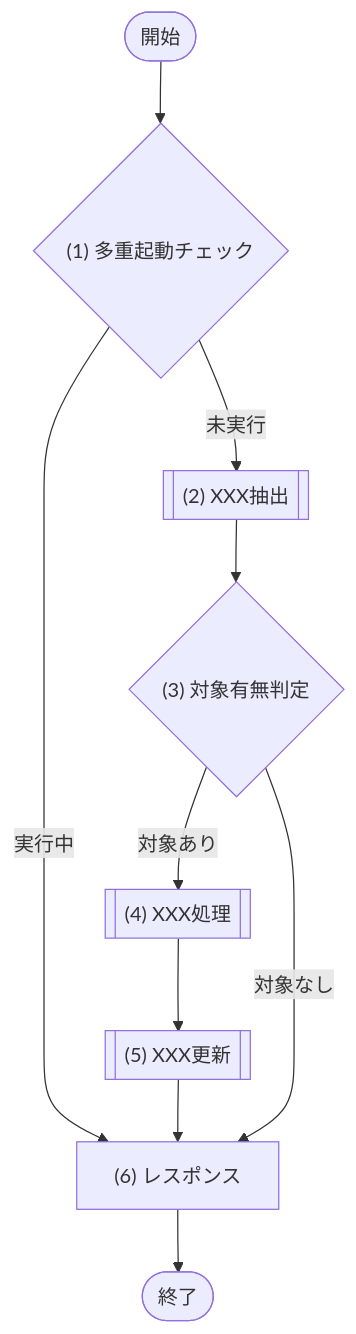
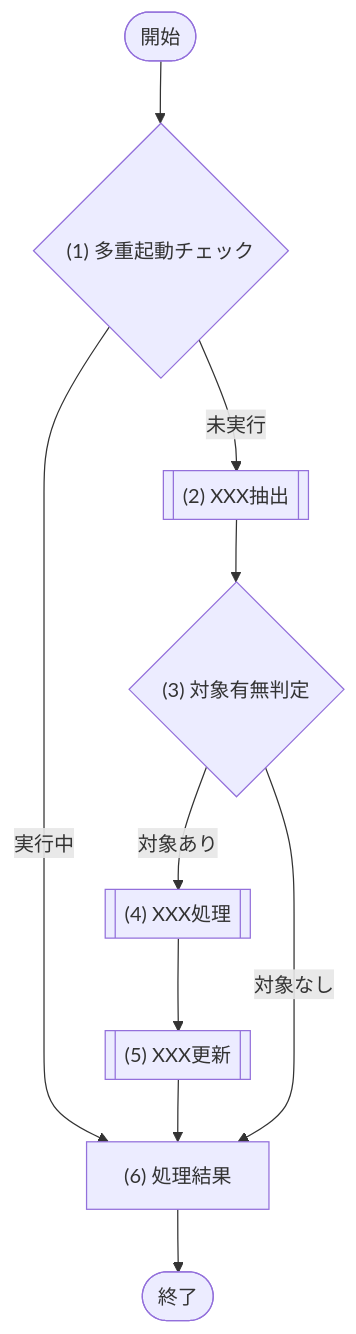
The diagram in template/03_機能設計/04_JOB設計/テンプレート_ジョブ.md (sikakou54/system-document-template), drawn with Mermaid before and after one commit. The commit also changed other lines of this file and 43 other files, not shown here.

````diff
--- a/template/03_機能設計/04_JOB設計/テンプレート_ジョブ.md
+++ b/template/03_機能設計/04_JOB設計/テンプレート_ジョブ.md
@@ -100,17 +100,17 @@
 ```mermaid
 flowchart TD
   Start([開始])
   L{"(1) 多重起動チェック"}
   P1[["(2) XXX抽出"]]
   D1{"(3) 対象有無判定"}
   P2[["(4) XXX処理"]]
   P3[["(5) XXX更新"]]
-  P4["(6) レスポンス"]
+  P4["(6) 処理結果"]
   End([終了])
 
   Start --> L
   L -- "実行中" --> P4 --> End
   L -- "未実行" --> P1 --> D1
   D1 -- "対象あり" --> P2 --> P3 --> P4
   D1 -- "対象なし" --> P4
 ```
````
